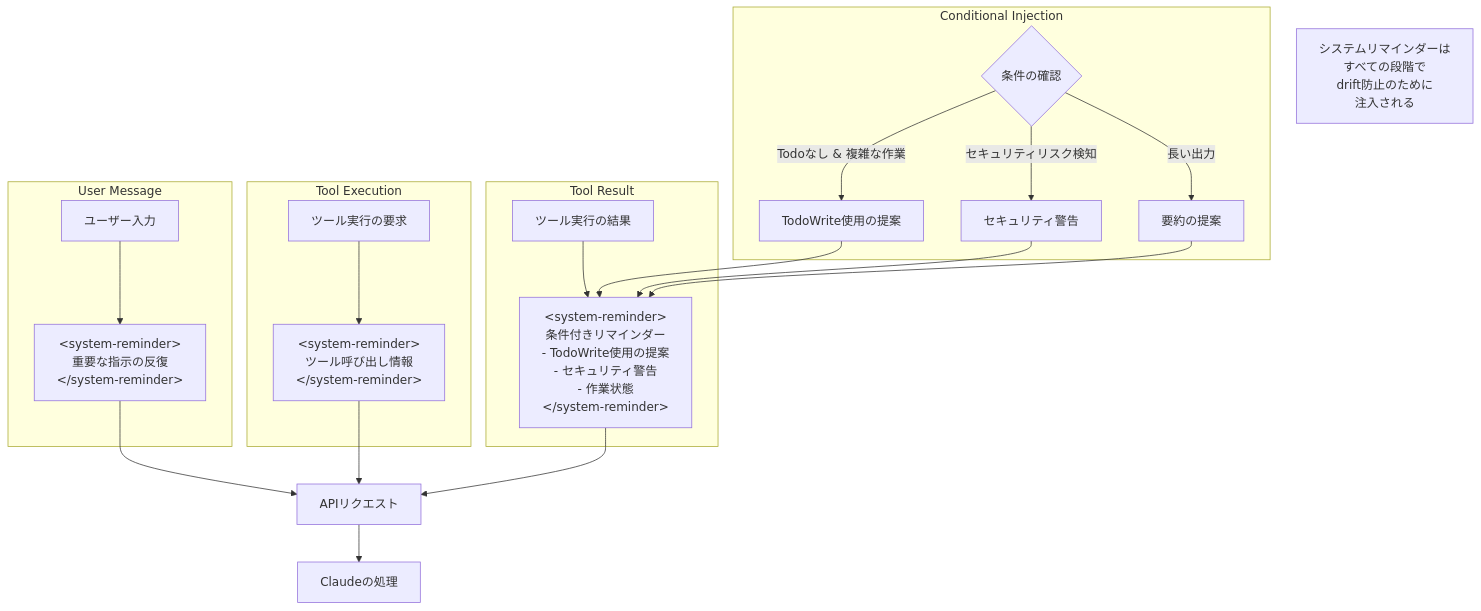
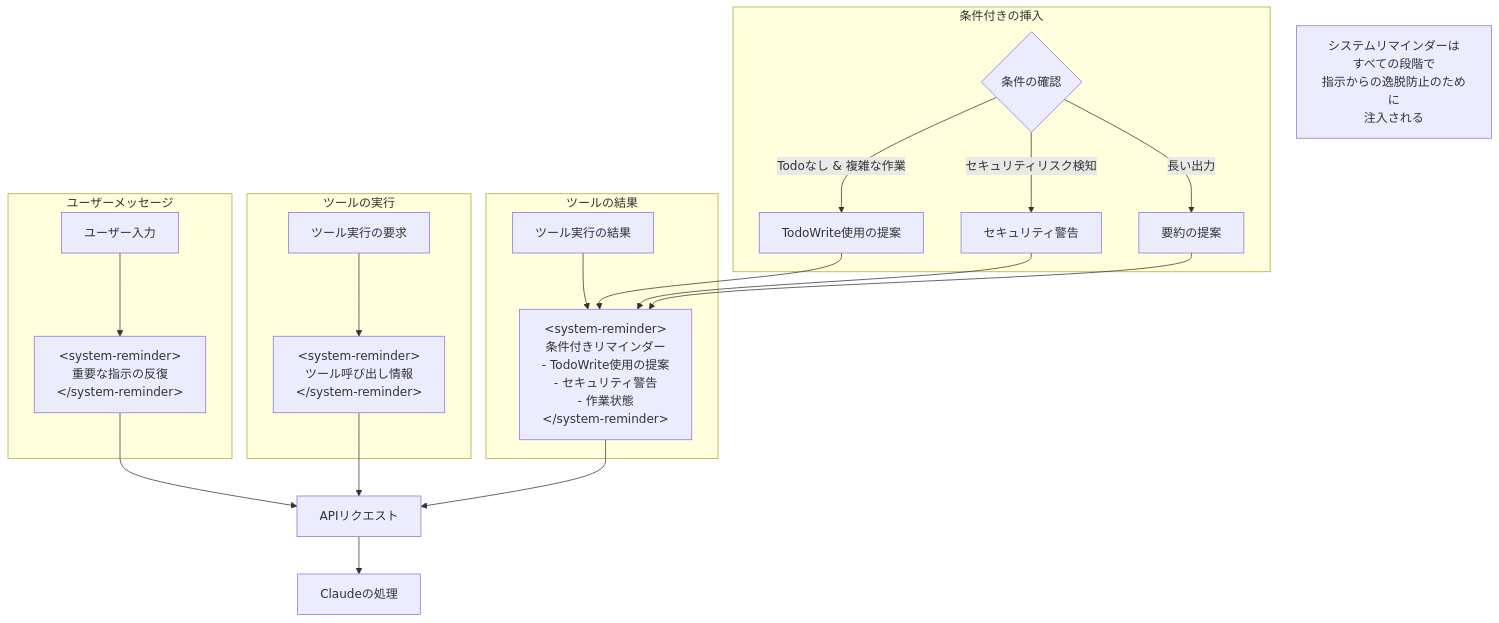
Before and after one commit to roboco-io/roboco-io.github.io: the fourth of 7 diagrams in content/ja/posts/claude-code-deep-dive.md, drawn with Mermaid. The commit also changed other lines of this file and 23 other files, not shown here.

Commit message:
content: localize translated images and Japanese Mermaid diagrams

````diff
--- a/content/ja/posts/claude-code-deep-dive.md
+++ b/content/ja/posts/claude-code-deep-dive.md
@@ -298,39 +298,39 @@
 ```mermaid
 graph TB
-    subgraph "User Message"
+    subgraph "ユーザーメッセージ"
         UM1[ユーザー入力]
         SR1["&lt;system-reminder&gt;<br/>重要な指示の反復<br/>&lt;/system-reminder&gt;"]
         UM1 --> SR1
     end
     
-    subgraph "Tool Execution"
+    subgraph "ツールの実行"
         TE[ツール実行の要求]
         SR2["&lt;system-reminder&gt;<br/>ツール呼び出し情報<br/>&lt;/system-reminder&gt;"]
         TE --> SR2
     end
     
-    subgraph "Tool Result"
+    subgraph "ツールの結果"
         TR[ツール実行の結果]
         SR3["&lt;system-reminder&gt;<br/>条件付きリマインダー<br/>- TodoWrite使用の提案<br/>- セキュリティ警告<br/>- 作業状態<br/>&lt;/system-reminder&gt;"]
         TR --> SR3
     end
     
-    subgraph "Conditional Injection"
+    subgraph "条件付きの挿入"
         CI{条件の確認}
         CI -->|Todoなし & 複雑な作業| AddTodo["TodoWrite使用の提案"]
         CI -->|セキュリティリスク検知| AddSecurity["セキュリティ警告"]
         CI -->|長い出力| AddSummary["要約の提案"]
     end
     
     SR1 --> API[APIリクエスト]
     SR2 --> API
     SR3 --> API
     AddTodo --> SR3
     AddSecurity --> SR3
     AddSummary --> SR3
     
     API --> Claude[Claudeの処理]
     
-    Note1[システムリマインダーは<br/>すべての段階で<br/>drift防止のために<br/>注入される]
+    Note1[システムリマインダーは<br/>すべての段階で<br/>指示からの逸脱防止のために<br/>注入される]
     
 ```
````
